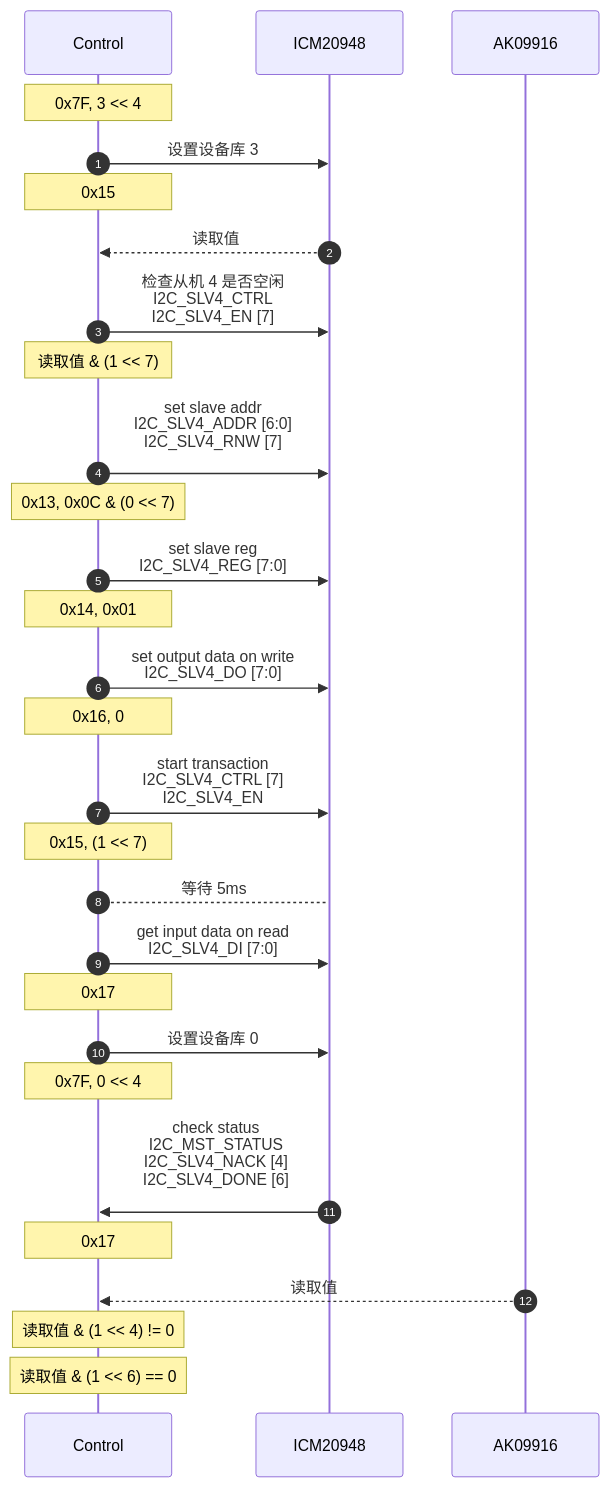
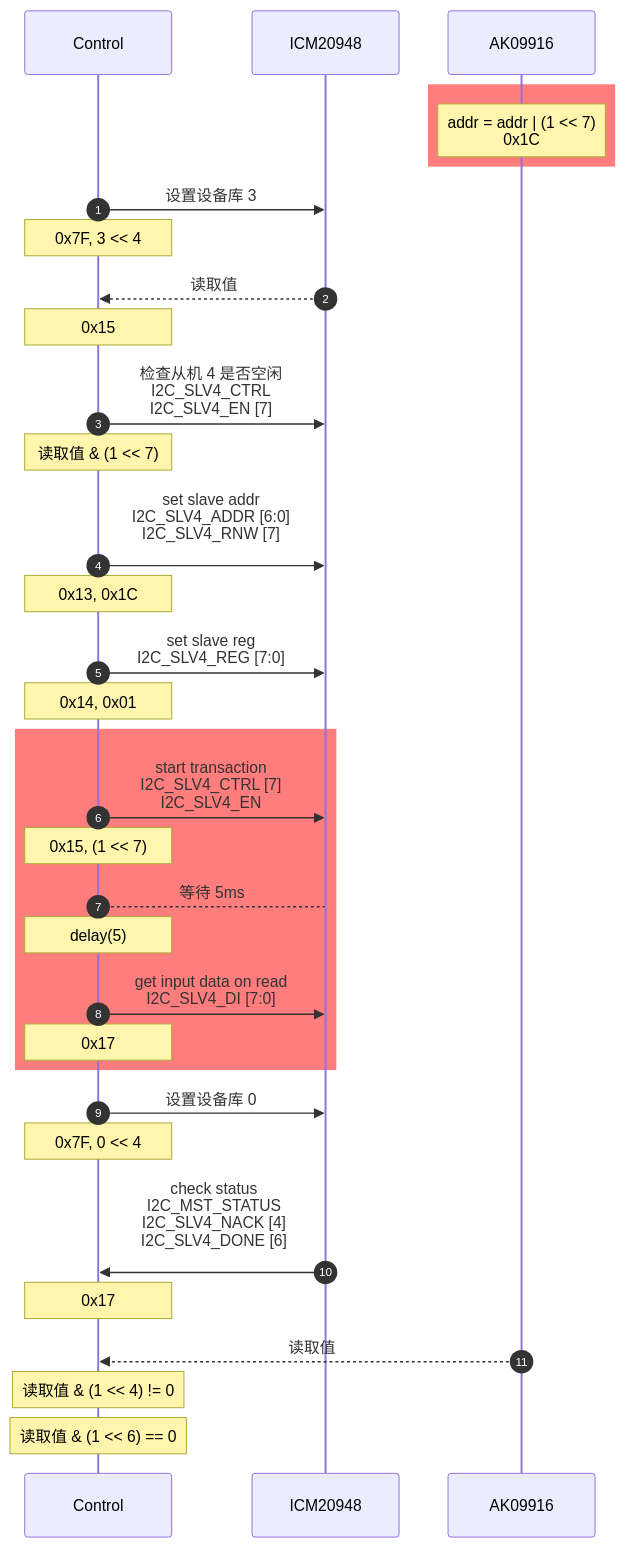
Before and after one commit to hkdickyko/hkdickyko.github.io: the fifth of 7 diagrams in _posts/2025-04-06-mdchart.md, drawn with Mermaid. The commit also changed other lines of this file, not shown here.

```diff
--- a/_posts/2025-04-06-mdchart.md
+++ b/_posts/2025-04-06-mdchart.md
@@ -284,31 +280,35 @@
 <div class="mermaid">
 sequenceDiagram;
    autonumber;
    participant C as Control;
    participant I as ICM20948;
    participant A as AK09916;
+   rect rgb(255,125,125)
+   note over A: addr = addr | (1 << 7)<br/>0x1C;
+   end;
+   C->>I: 设置设备库 3;
    note over C: 0x7F, 3 << 4;
-   C->>I: 设置设备库 3;
+   I-->>C: 读取值;
    note over C: 0x15;
-   I-->>C: 读取值;
    C->>I: 检查从机 4 是否空闲<br/>I2C_SLV4_CTRL<br/>I2C_SLV4_EN [7];
    note over C: 读取值 & (1 << 7);
    C->>I: set slave addr<br/>I2C_SLV4_ADDR [6:0]<br/>I2C_SLV4_RNW [7]<br/>;
-   note over C: 0x13, 0x0C & (0 << 7);
+   note over C: 0x13, 0x1C;
    C->>I: set slave reg<br/>I2C_SLV4_REG [7:0];
-   note over C: 0x14, 0x01;   
-   C->>I: set output data on write<br/>I2C_SLV4_DO [7:0];
-   note over C: 0x16, 0; 
+   note over C: 0x14, 0x01;
+   rect rgb(255,125,125);
    C->>I: start transaction<br/>I2C_SLV4_CTRL [7] <br/>I2C_SLV4_EN;
    note over C: 0x15, (1 << 7);   
    C-->I: 等待 5ms;
+   note over C: delay(5);
    C->>I: get input data on read<br/>I2C_SLV4_DI [7:0];
    note over C: 0x17;
+   end;
    C->>I: 设置设备库 0;
    note over C: 0x7F, 0 << 4;
    I->>C: check status<br/>I2C_MST_STATUS<br/>I2C_SLV4_NACK [4]<br/>I2C_SLV4_DONE [6]<br/>;
    note over C: 0x17;
    A-->>C: 读取值; 
    note over C: 读取值 & (1 << 4) != 0;
    note over C: 读取值 & (1 << 6) == 0;  
 </div>
```
